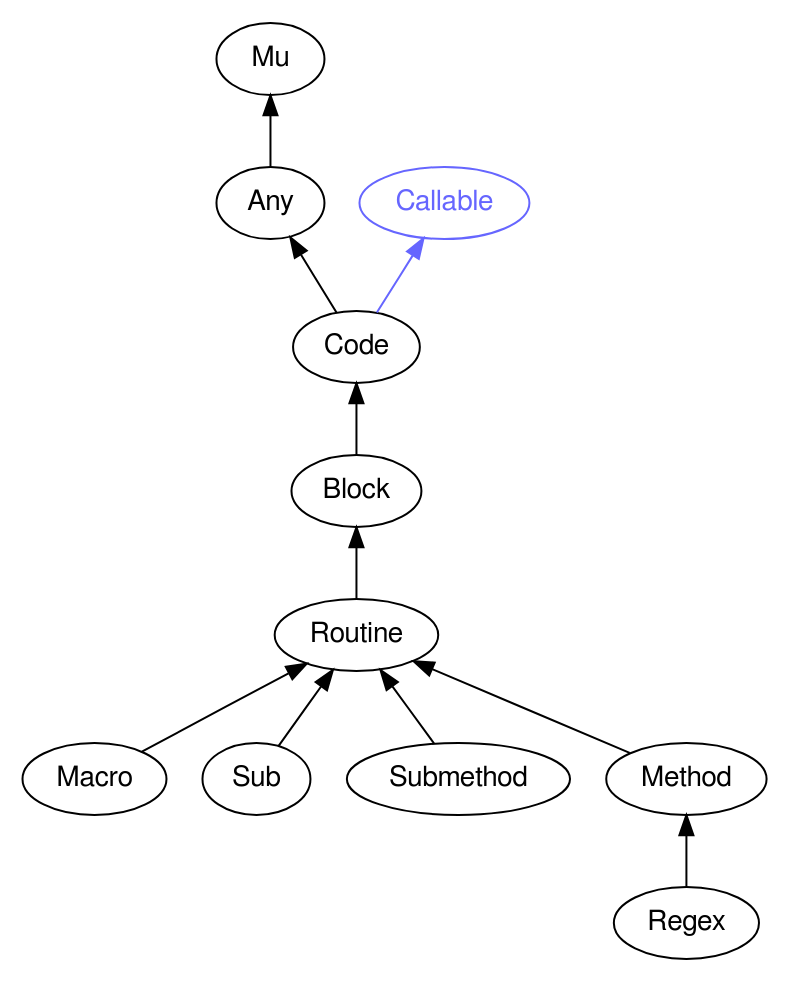
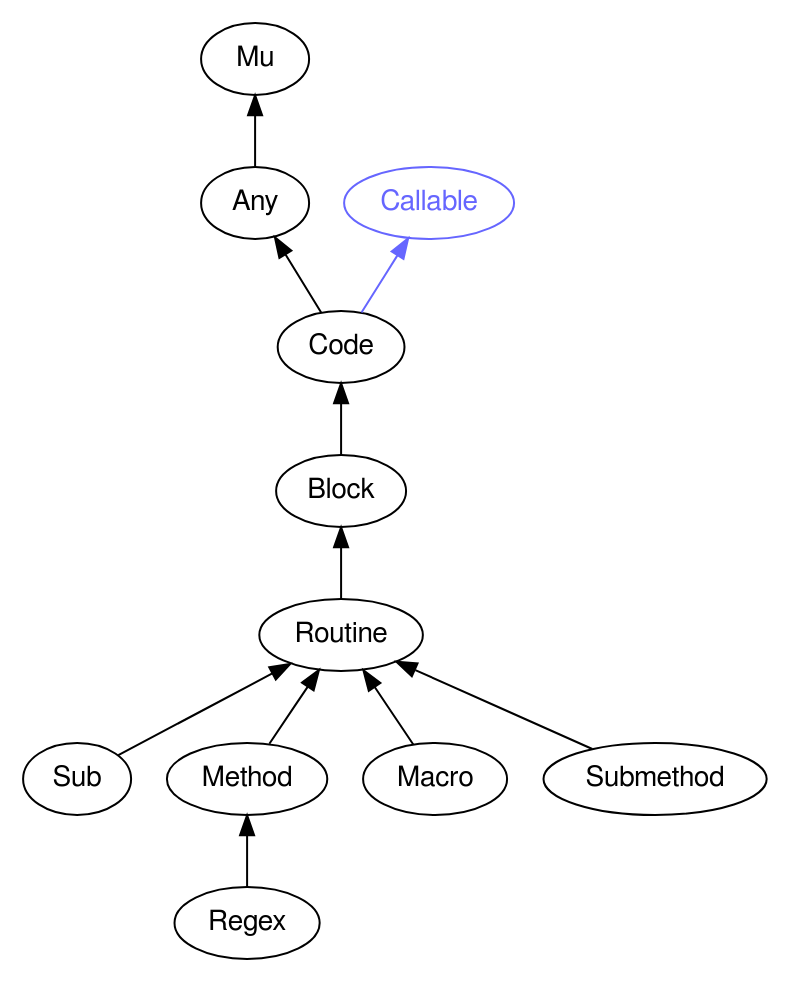
One commit to perl6docs/perl6docs.github.io changed the diagram in images/type-graph-Block.svg.dot. Above: the diagram before and after it, drawn with Graphviz. The commit also changed other lines of this file and 4398 other files, not shown here.

```diff
--- a/images/type-graph-Block.svg.dot
+++ b/images/type-graph-Block.svg.dot
@@ -1,31 +1,31 @@
 digraph "perl6-type-graph" {
     rankdir=BT;
     splines=polyline;
     overlap=false; 
     // Types
     "Block" [color="#000000", fontcolor="#000000", href="/type/Block", fontname="FreeSans"];
     "Mu" [color="#000000", fontcolor="#000000", href="/type/Mu", fontname="FreeSans"];
     "Any" [color="#000000", fontcolor="#000000", href="/type/Any", fontname="FreeSans"];
     "Callable" [color="#6666FF", fontcolor="#6666FF", href="/type/Callable", fontname="FreeSans"];
     "Code" [color="#000000", fontcolor="#000000", href="/type/Code", fontname="FreeSans"];
     "Routine" [color="#000000", fontcolor="#000000", href="/type/Routine", fontname="FreeSans"];
+    "Sub" [color="#000000", fontcolor="#000000", href="/type/Sub", fontname="FreeSans"];
+    "Method" [color="#000000", fontcolor="#000000", href="/type/Method", fontname="FreeSans"];
     "Macro" [color="#000000", fontcolor="#000000", href="/type/Macro", fontname="FreeSans"];
-    "Sub" [color="#000000", fontcolor="#000000", href="/type/Sub", fontname="FreeSans"];
     "Submethod" [color="#000000", fontcolor="#000000", href="/type/Submethod", fontname="FreeSans"];
-    "Method" [color="#000000", fontcolor="#000000", href="/type/Method", fontname="FreeSans"];
     "Regex" [color="#000000", fontcolor="#000000", href="/type/Regex", fontname="FreeSans"];
 
     // Superclasses
     "Block" -> "Code" [color="#000000"];
     "Any" -> "Mu" [color="#000000"];
     "Code" -> "Any" [color="#000000"];
     "Routine" -> "Block" [color="#000000"];
+    "Sub" -> "Routine" [color="#000000"];
+    "Method" -> "Routine" [color="#000000"];
     "Macro" -> "Routine" [color="#000000"];
-    "Sub" -> "Routine" [color="#000000"];
     "Submethod" -> "Routine" [color="#000000"];
-    "Method" -> "Routine" [color="#000000"];
     "Regex" -> "Method" [color="#000000"];
 
     // Roles
     "Code" -> "Callable" [color="#6666FF"];
 }
```
